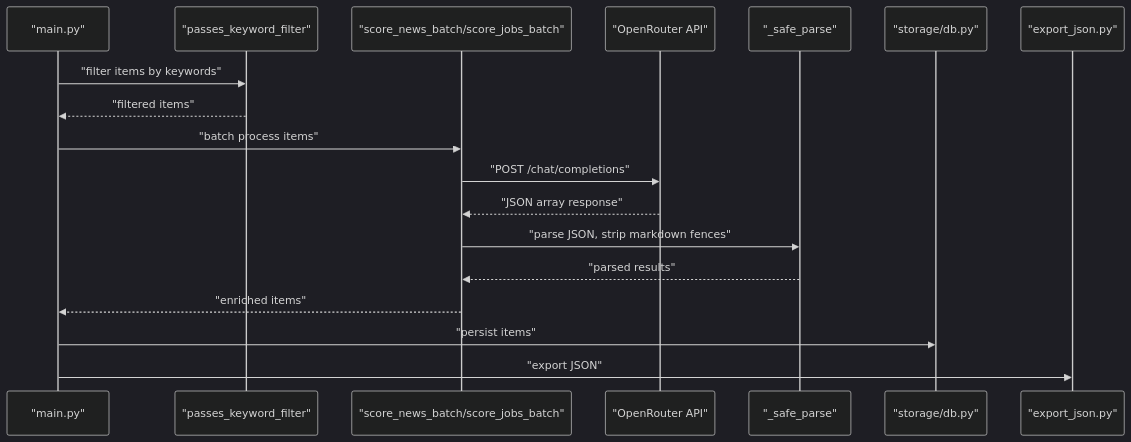
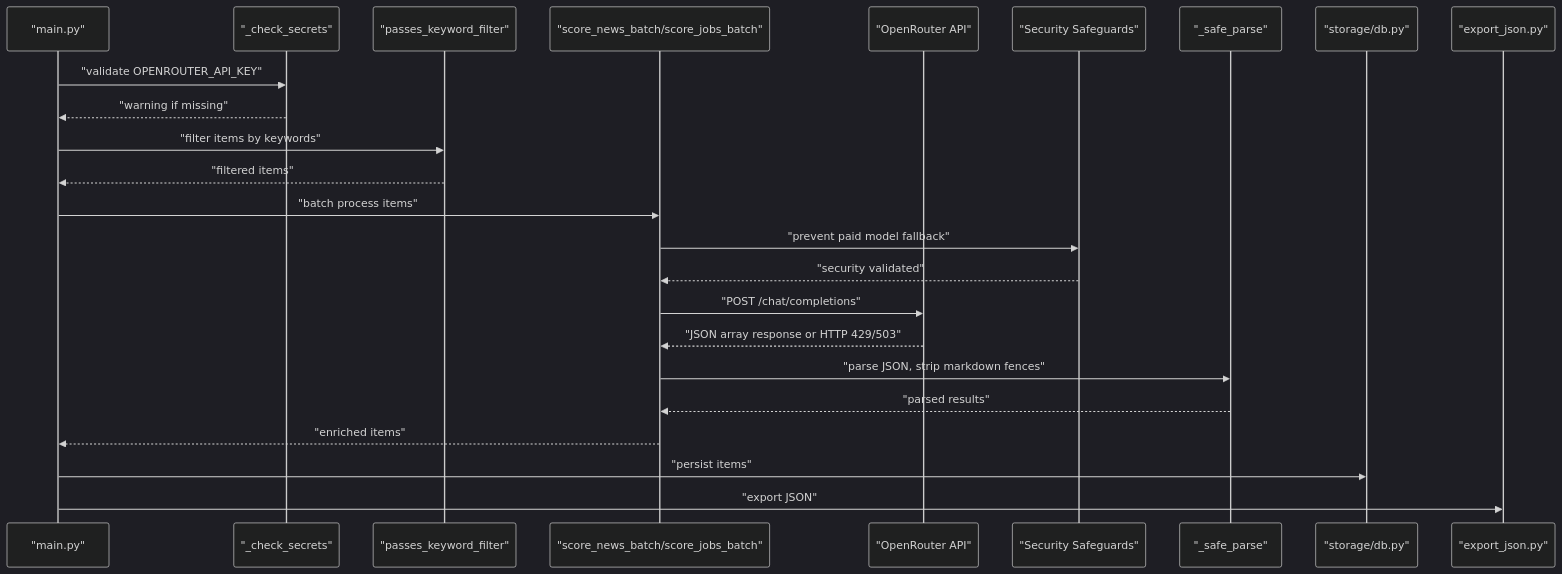
Before and after one commit to shakthi-vinayak/news: the second of 3 diagrams in .qoder/repowiki/en/content/Content Processing Pipeline/LLM Relevance Scoring.md, drawn with Mermaid (dark theme). The commit also changed other lines of this file and 37 other files, not shown here.

````diff
--- a/.qoder/repowiki/en/content/Content Processing Pipeline/LLM Relevance Scoring.md
+++ b/.qoder/repowiki/en/content/Content Processing Pipeline/LLM Relevance Scoring.md
@@ -88,20 +97,26 @@
 ```mermaid
 sequenceDiagram
 participant Orchestrator as "main.py"
+participant SecretValidator as "_check_secrets"
 participant KeywordFilter as "passes_keyword_filter"
 participant Scorer as "score_news_batch/score_jobs_batch"
 participant OpenRouter as "OpenRouter API"
+participant SecurityGuard as "Security Safeguards"
 participant Parser as "_safe_parse"
 participant DB as "storage/db.py"
 participant Export as "export_json.py"
+Orchestrator->>SecretValidator : "validate OPENROUTER_API_KEY"
+SecretValidator-->>Orchestrator : "warning if missing"
 Orchestrator->>KeywordFilter : "filter items by keywords"
 KeywordFilter-->>Orchestrator : "filtered items"
 Orchestrator->>Scorer : "batch process items"
+Scorer->>SecurityGuard : "prevent paid model fallback"
+SecurityGuard-->>Scorer : "security validated"
 Scorer->>OpenRouter : "POST /chat/completions"
-OpenRouter-->>Scorer : "JSON array response"
+OpenRouter-->>Scorer : "JSON array response or HTTP 429/503"
 Scorer->>Parser : "parse JSON, strip markdown fences"
 Parser-->>Scorer : "parsed results"
 Scorer-->>Orchestrator : "enriched items"
 Orchestrator->>DB : "persist items"
 Orchestrator->>Export : "export JSON"
 ```
````
